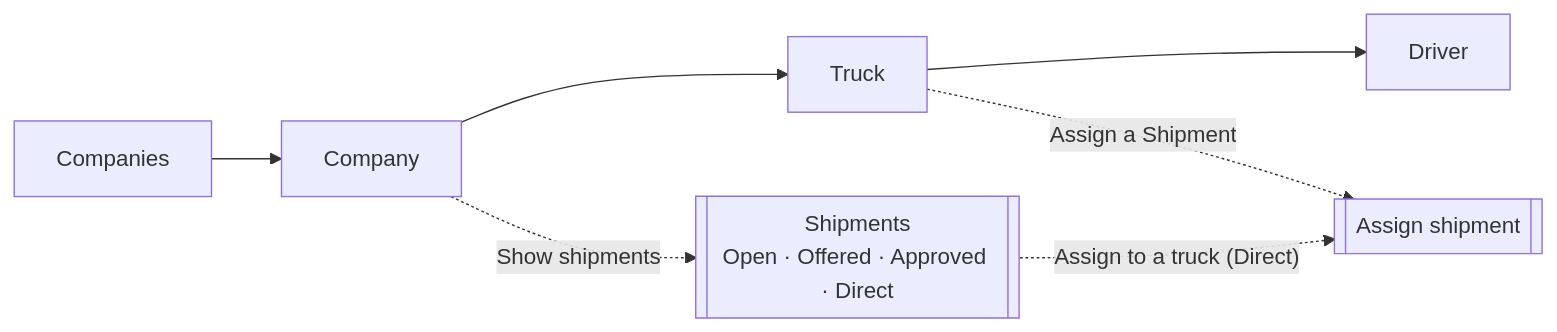
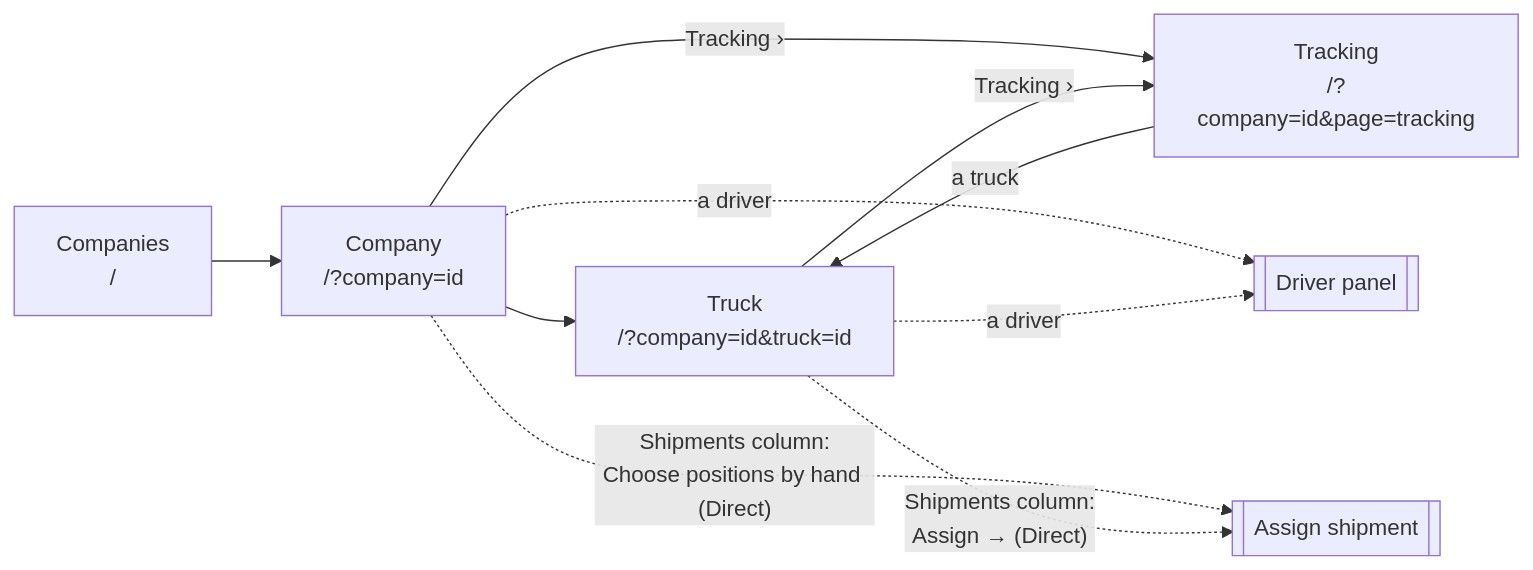
The first of 3 diagrams in freight-ui-screens.md (RTO-The-Coder/freight-marketplace), drawn with Mermaid before and after one commit. The commit also changed other lines of this file and 4 other files, not shown here.

Commit message:
Docs: company drivers, truck page, shipments column, Tracking and popups

````diff
--- a/freight-ui-screens.md
+++ b/freight-ui-screens.md
@@ -19,9 +19,12 @@
 ```mermaid
 flowchart LR
-    C["Companies"] --> D["Company"]
-    D --> T["Truck"]
-    T --> V["Driver"]
-    D -. "Show shipments" .-> S[["Shipments<br/>Open · Offered · Approved · Direct"]]
-    T -. "Assign a Shipment" .-> A[["Assign shipment"]]
-    S -. "Assign to a truck (Direct)" .-> A
+    C["Companies<br/>/"] --> D["Company<br/>/?company=id"]
+    D --> T["Truck<br/>/?company=id&truck=id"]
+    D -- "Tracking ›" --> K["Tracking<br/>/?company=id&page=tracking"]
+    T -- "Tracking ›" --> K
+    K -- "a truck" --> T
+    D -. "a driver" .-> V[["Driver panel"]]
+    T -. "a driver" .-> V
+    D -. "Shipments column:<br/>Choose positions by hand (Direct)" .-> A[["Assign shipment"]]
+    T -. "Shipments column:<br/>Assign → (Direct)" .-> A
 ```
````
